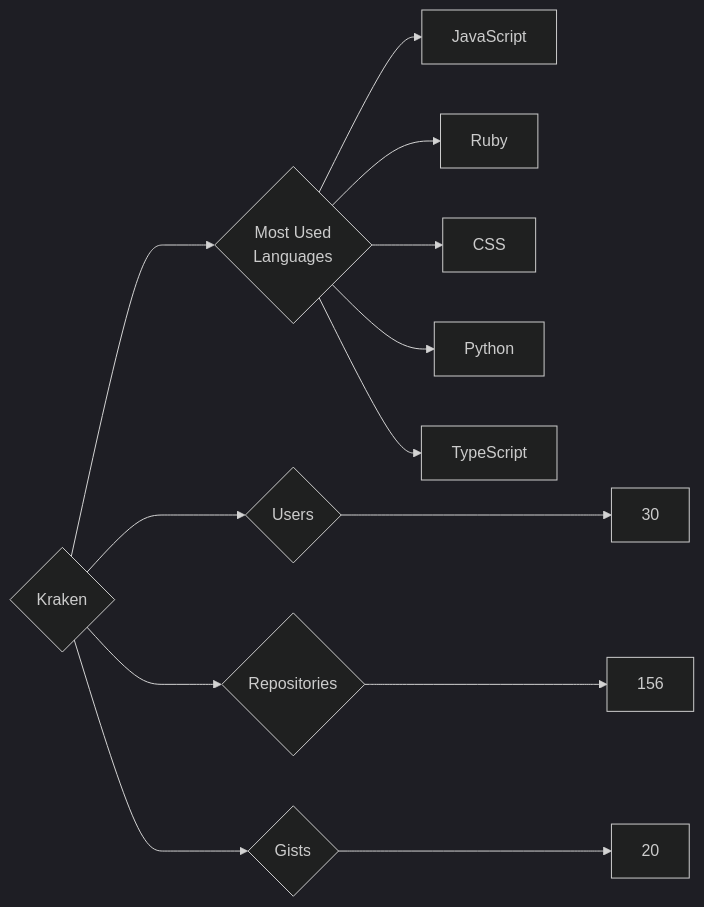
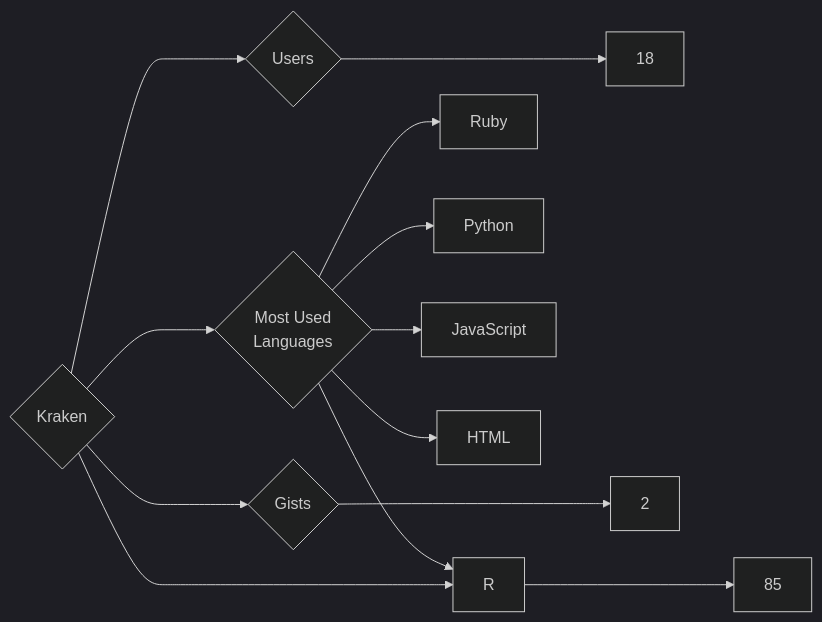
One commit to trickest/insiders changed the diagram in targets/Kraken/README.md. Above: the diagram before and after it, drawn with Mermaid (dark theme). The commit also changed 809 other files, not shown here.

````diff
--- a/targets/Kraken/README.md
+++ b/targets/Kraken/README.md
@@ -3,13 +3,13 @@
 ```mermaid
 graph LR
 COMPANY_NAME{Kraken}
-COMPANY_NAME ---> U{Users} ---> UN[30]
-COMPANY_NAME ---> R{Repositories} ---> RN[156]
-COMPANY_NAME ---> G{Gists} ---> GN[20]
+COMPANY_NAME ---> U{Users} ---> UN[18]
+COMPANY_NAME ---> R{Repositories} ---> RN[85]
+COMPANY_NAME ---> G{Gists} ---> GN[2]
 COMPANY_NAME ---> ML{Most Used<br>Languages}
+ML --> Ruby[Ruby]
+ML --> Python[Python]
 ML --> JavaScript[JavaScript]
-ML --> Ruby[Ruby]
-ML --> CSS[CSS]
-ML --> Python[Python]
-ML --> TypeScript[TypeScript]
+ML --> HTML[HTML]
+ML --> R[R]
 ```
````
